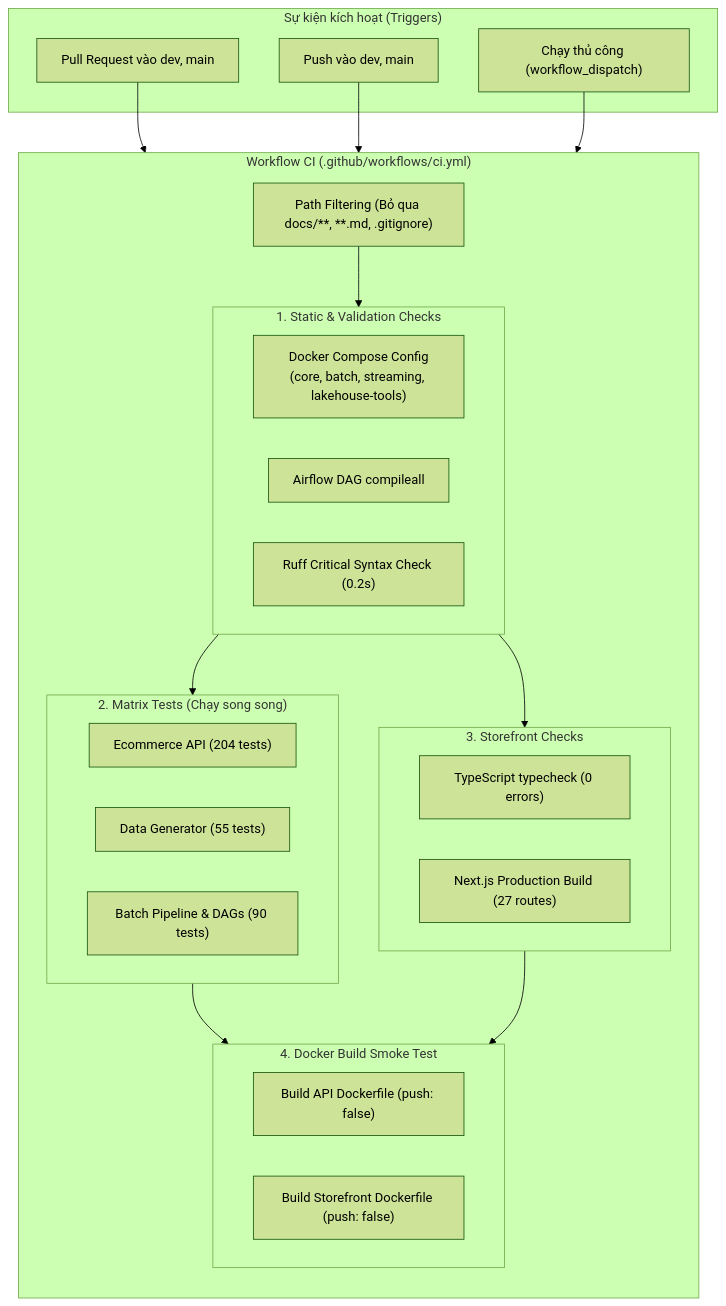
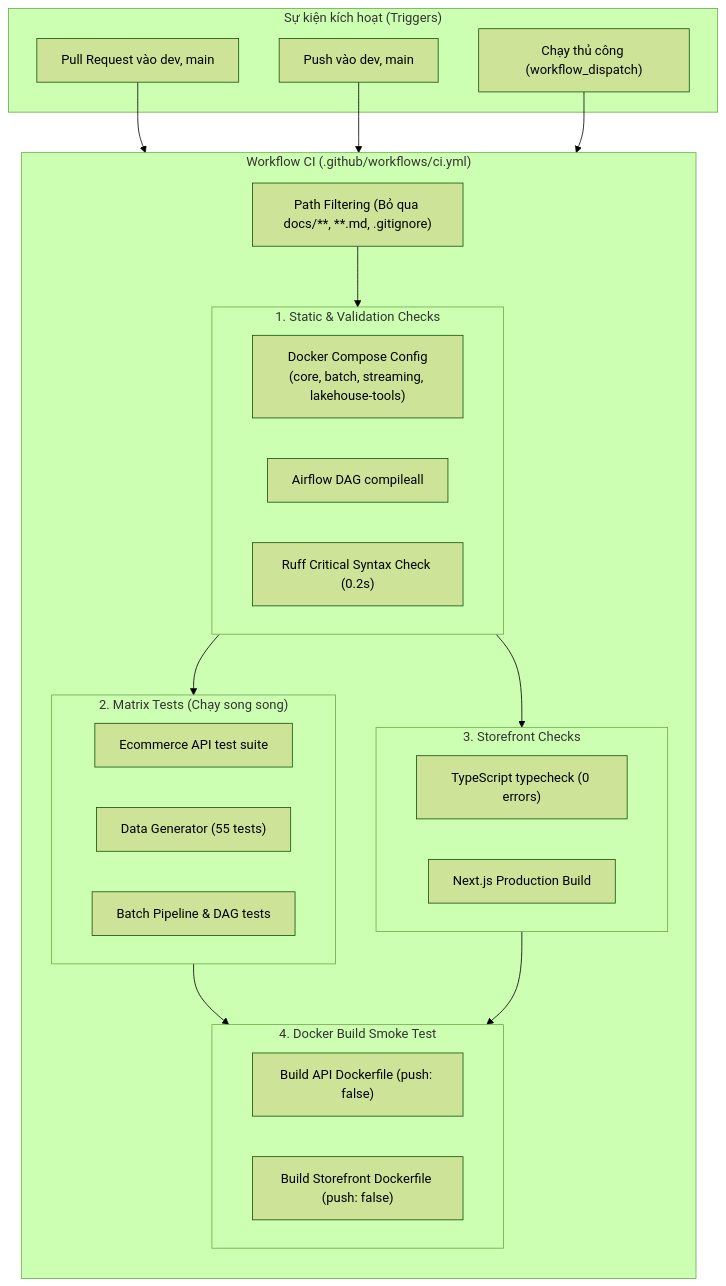
Before and after one commit to DanhTrannn/TLCN: the diagram in docs/runbook/CI.md, drawn with Mermaid (forest theme). The commit also changed other lines of this file and 44 other files, not shown here.

Commit message:
fix: align commerce flows and project documentation

````diff
--- a/docs/runbook/CI.md
+++ b/docs/runbook/CI.md
@@ -11,41 +11,41 @@
 ```mermaid
 flowchart TD
     subgraph Trigger["Sự kiện kích hoạt (Triggers)"]
         PR["Pull Request vào dev, main"]
         Push["Push vào dev, main"]
         Manual["Chạy thủ công (workflow_dispatch)"]
     end
 
     subgraph CI["Workflow CI (.github/workflows/ci.yml)"]
         direction TB
         Filter["Path Filtering (Bỏ qua docs/**, **.md, .gitignore)"]
         
         subgraph StaticChecks["1. Static & Validation Checks"]
             Compose["Docker Compose Config<br/>(core, batch, streaming, lakehouse-tools)"]
             DAGComp["Airflow DAG compileall"]
             RuffLint["Ruff Critical Syntax Check (0.2s)"]
         end
 
         subgraph ParallelTests["2. Matrix Tests (Chạy song song)"]
-            API_Test["Ecommerce API (204 tests)"]
+            API_Test["Ecommerce API test suite"]
             Gen_Test["Data Generator (55 tests)"]
-            Pipe_Test["Batch Pipeline & DAGs (90 tests)"]
+            Pipe_Test["Batch Pipeline & DAG tests"]
         end
 
         subgraph FrontChecks["3. Storefront Checks"]
             TypeCheck["TypeScript typecheck (0 errors)"]
-            NextBuild["Next.js Production Build (27 routes)"]
+            NextBuild["Next.js Production Build"]
         end
 
         subgraph DockerSmoke["4. Docker Build Smoke Test"]
             SmokeAPI["Build API Dockerfile (push: false)"]
             SmokeUI["Build Storefront Dockerfile (push: false)"]
         end
 
         Filter --> StaticChecks --> ParallelTests & FrontChecks --> DockerSmoke
     end
 
     PR --> CI
     Push --> CI
     Manual --> CI
 ```
````
